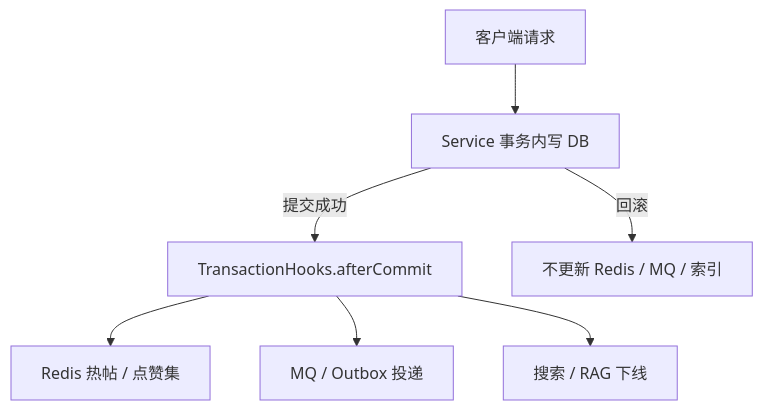
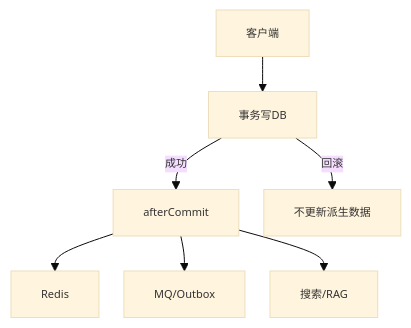
Before and after one commit to pluchon/mengmeng_forum: diagram 15 of 22 in README.md, drawn with Mermaid. The commit also changed other lines of this file and 2 other files, not shown here.

````diff
--- a/README.md
+++ b/README.md
@@ -632,9 +496,10 @@
 ```mermaid
+%%{init: {'theme':'base', 'themeVariables': {'fontSize':'11px'}, 'flowchart': {'nodeSpacing': 25, 'rankSpacing': 35}}}%%
 flowchart TD
-  REQ[客户端请求] --> TX[Service 事务内写 DB]
-  TX -->|提交成功| HOOK[TransactionHooks.afterCommit]
-  TX -->|回滚| NOP[不更新 Redis / MQ / 索引]
-  HOOK --> R[Redis 热帖 / 点赞集]
-  HOOK --> MQ[MQ / Outbox 投递]
-  HOOK --> IDX[搜索 / RAG 下线]
+  REQ[客户端] --> TX[事务写DB]
+  TX -->|成功| HOOK[afterCommit]
+  TX -->|回滚| NOP[不更新派生数据]
+  HOOK --> R[Redis]
+  HOOK --> MQ[MQ/Outbox]
+  HOOK --> IDX[搜索/RAG]
 ```
````
